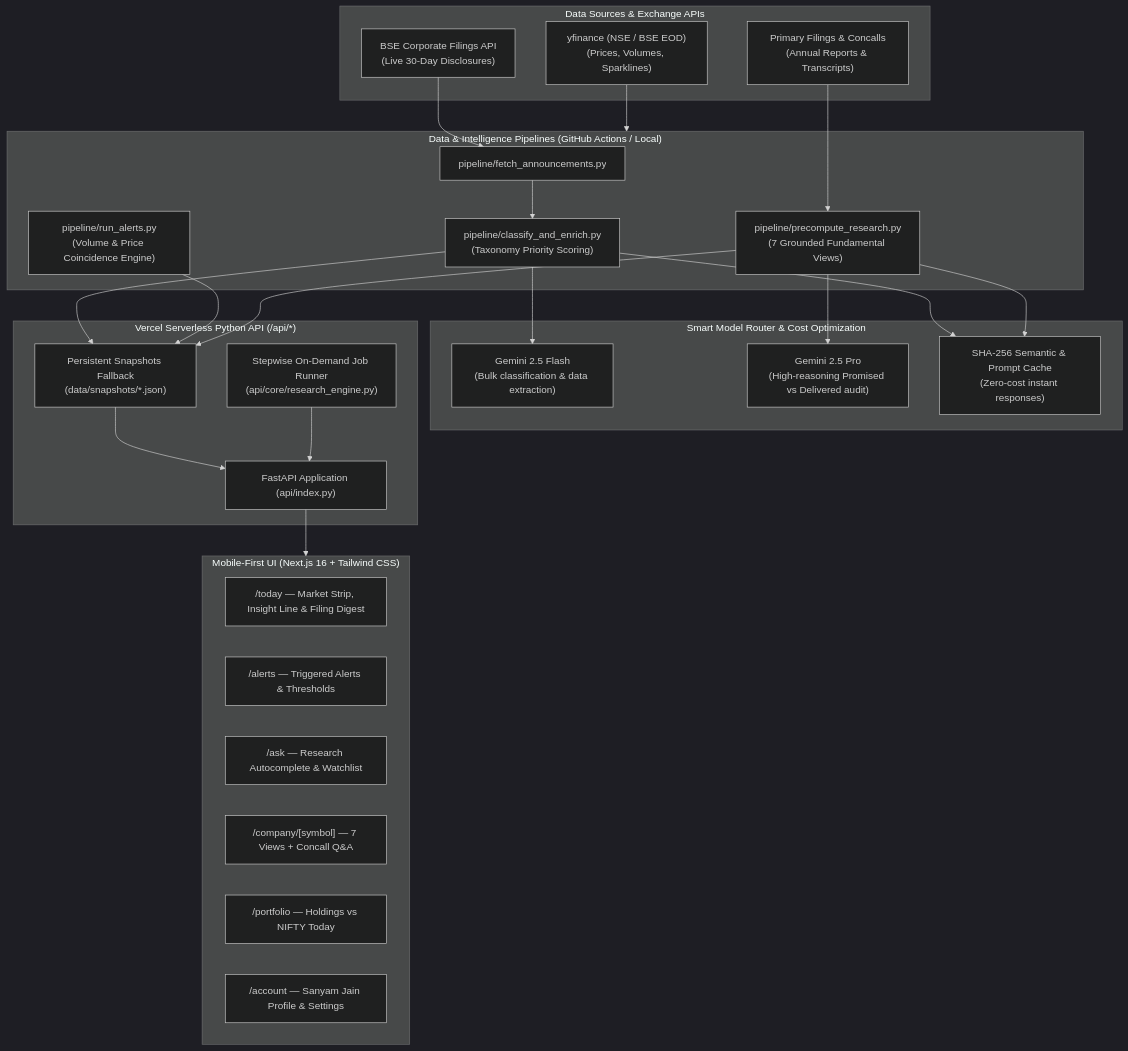
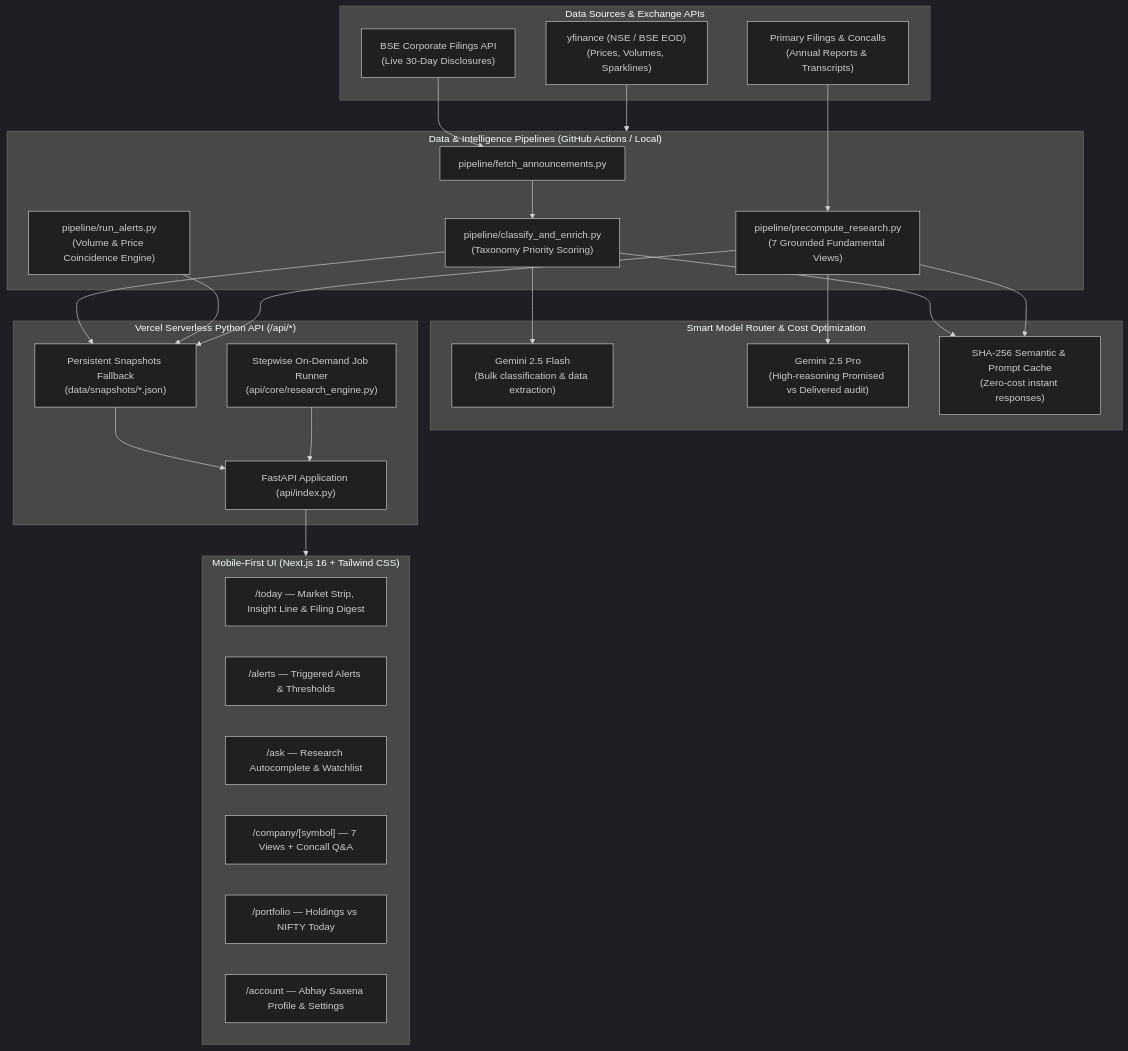
The diagram in README.md (abhaysaxena26/FINN_Enam), drawn with Mermaid (dark theme) before and after one commit. The commit also changed 2 other files, not shown here.

Commit message:
fix: update account name to Abhay Saxena and header avatar to AS

````diff
--- a/README.md
+++ b/README.md
@@ -25,53 +25,53 @@
 ```mermaid
 flowchart TD
     subgraph DataSources["Data Sources & Exchange APIs"]
         BSE["BSE Corporate Filings API\n(Live 30-Day Disclosures)"]
         YF["yfinance (NSE / BSE EOD)\n(Prices, Volumes, Sparklines)"]
         SCR["Primary Filings & Concalls\n(Annual Reports & Transcripts)"]
     end
 
     subgraph Pipeline["Data & Intelligence Pipelines (GitHub Actions / Local)"]
         Fetch["pipeline/fetch_announcements.py"]
         Classify["pipeline/classify_and_enrich.py\n(Taxonomy Priority Scoring)"]
         Alerts["pipeline/run_alerts.py\n(Volume & Price Coincidence Engine)"]
         Precompute["pipeline/precompute_research.py\n(7 Grounded Fundamental Views)"]
     end
 
     subgraph LLMRouting["Smart Model Router & Cost Optimization"]
         Flash["Gemini 2.5 Flash\n(Bulk classification & data extraction)"]
         Pro["Gemini 2.5 Pro\n(High-reasoning Promised vs Delivered audit)"]
         Cache["SHA-256 Semantic & Prompt Cache\n(Zero-cost instant responses)"]
     end
 
     subgraph BackendAPI["Vercel Serverless Python API (/api/*)"]
         FastAPI["FastAPI Application (api/index.py)"]
         Stepper["Stepwise On-Demand Job Runner\n(api/core/research_engine.py)"]
         Snapshots["Persistent Snapshots Fallback\n(data/snapshots/*.json)"]
     end
 
     subgraph Frontend["Mobile-First UI (Next.js 16 + Tailwind CSS)"]
         Today["/today — Market Strip, Insight Line & Filing Digest"]
         AlertsUI["/alerts — Triggered Alerts & Thresholds"]
         Ask["/ask — Research Autocomplete & Watchlist"]
         Company["/company/[symbol] — 7 Views + Concall Q&A"]
         Portfolio["/portfolio — Holdings vs NIFTY Today"]
-        Account["/account — Sanyam Jain Profile & Settings"]
+        Account["/account — Abhay Saxena Profile & Settings"]
     end
 
     BSE --> Fetch --> Classify
     YF --> Pipeline
     SCR --> Precompute
 
     Classify --> Flash
     Precompute --> Pro
     Classify --> Cache
     Precompute --> Cache
 
     Classify --> Snapshots
     Alerts --> Snapshots
     Precompute --> Snapshots
 
     Snapshots --> FastAPI
     Stepper --> FastAPI
     FastAPI --> Frontend
 ```
````
